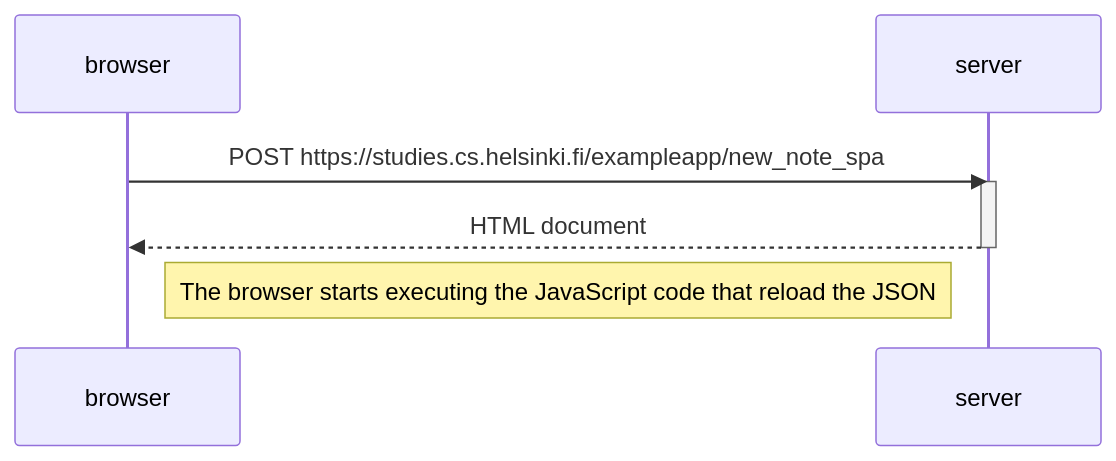
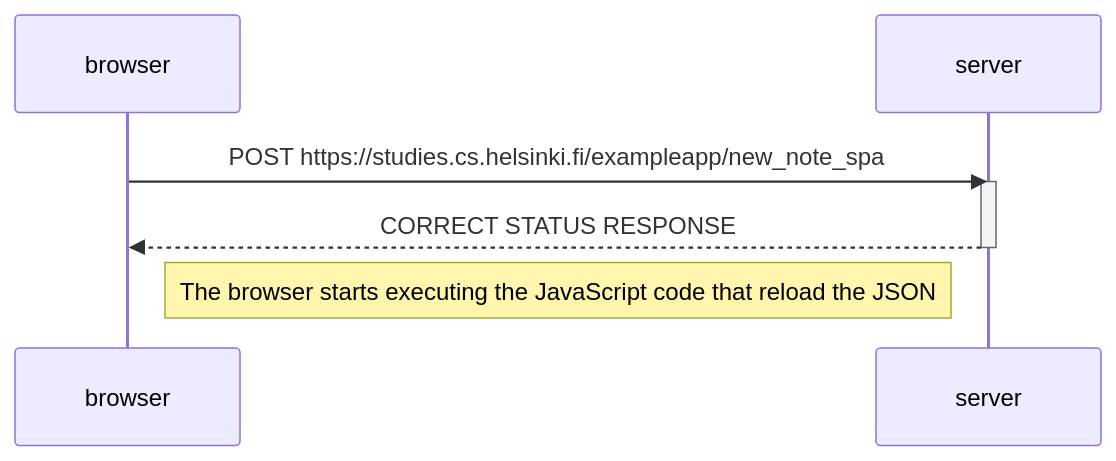
Before and after one commit to Hyp3Boy/full_stack_course: the fourth of 4 diagrams in part0/sol.md, drawn with Mermaid.

Commit message:
fix: fix last exercise from part 0

````diff
--- a/part0/sol.md
+++ b/part0/sol.md
@@ -84,12 +84,12 @@
 ```mermaid
 sequenceDiagram
     participant browser
     participant server
 
     browser->>server: POST https://studies.cs.helsinki.fi/exampleapp/new_note_spa
     activate server
-    server-->>browser: HTML document
+    server-->>browser: CORRECT STATUS RESPONSE
     deactivate server
 
     Note right of browser: The browser starts executing the JavaScript code that reload the JSON
 ```
````
